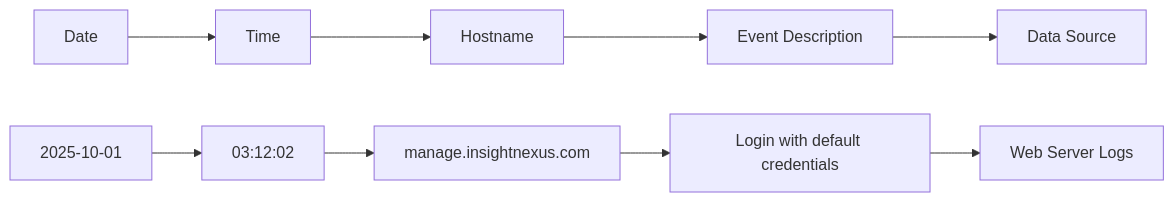
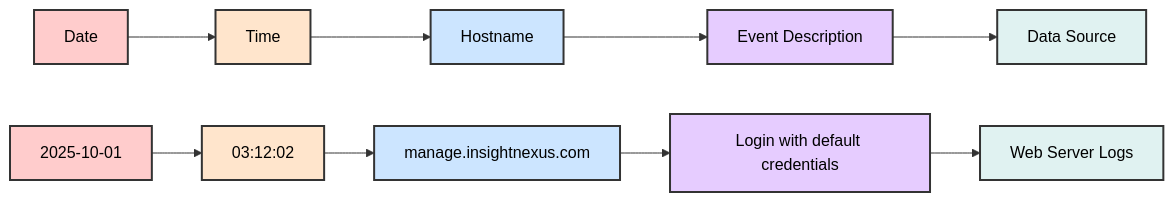
Diagram 17 of 29 in 1-Incident-Handling-Process/README.md (manojxshrestha/SOC-Analyst-Cheatsheet), drawn with Mermaid before and after one commit. The commit also changed other lines of this file, not shown here.

Commit message:
Fix mermaid diagrams in Module 1 - add pastel backgrounds and proper formatting

````diff
--- a/1-Incident-Handling-Process/README.md
+++ b/1-Incident-Handling-Process/README.md
@@ -547,12 +648,23 @@
 ```mermaid
 graph LR
-    A[Date] --> B[Time]
-    B --> C[Hostname]
-    C --> D[Event Description]
-    D --> E[Data Source]
+    A["Date"] --> B["Time"]
+    B --> C["Hostname"]
+    C --> D["Event Description"]
+    D --> E["Data Source"]
     
-    F[2025-10-01] --> G[03:12:02]
-    G --> H[manage.insightnexus.com]
-    H --> I[Login with default credentials]
-    I --> J[Web Server Logs]
+    F["2025-10-01"] --> G["03:12:02"]
+    G --> H["manage.insightnexus.com"]
+    H --> I["Login with default credentials"]
+    I --> J["Web Server Logs"]
+    
+    style A fill:#ffcccc,stroke:#333,stroke-width:2px,color:#000
+    style B fill:#ffe5cc,stroke:#333,stroke-width:2px,color:#000
+    style C fill:#cce5ff,stroke:#333,stroke-width:2px,color:#000
+    style D fill:#e6ccff,stroke:#333,stroke-width:2px,color:#000
+    style E fill:#e0f2f1,stroke:#333,stroke-width:2px,color:#000
+    style F fill:#ffcccc,stroke:#333,stroke-width:2px,color:#000
+    style G fill:#ffe5cc,stroke:#333,stroke-width:2px,color:#000
+    style H fill:#cce5ff,stroke:#333,stroke-width:2px,color:#000
+    style I fill:#e6ccff,stroke:#333,stroke-width:2px,color:#000
+    style J fill:#e0f2f1,stroke:#333,stroke-width:2px,color:#000
 ```
````
